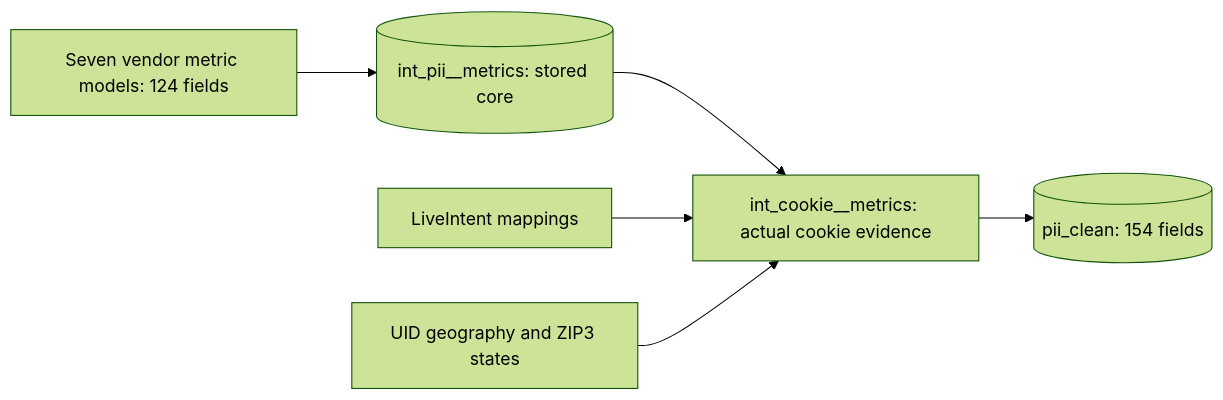
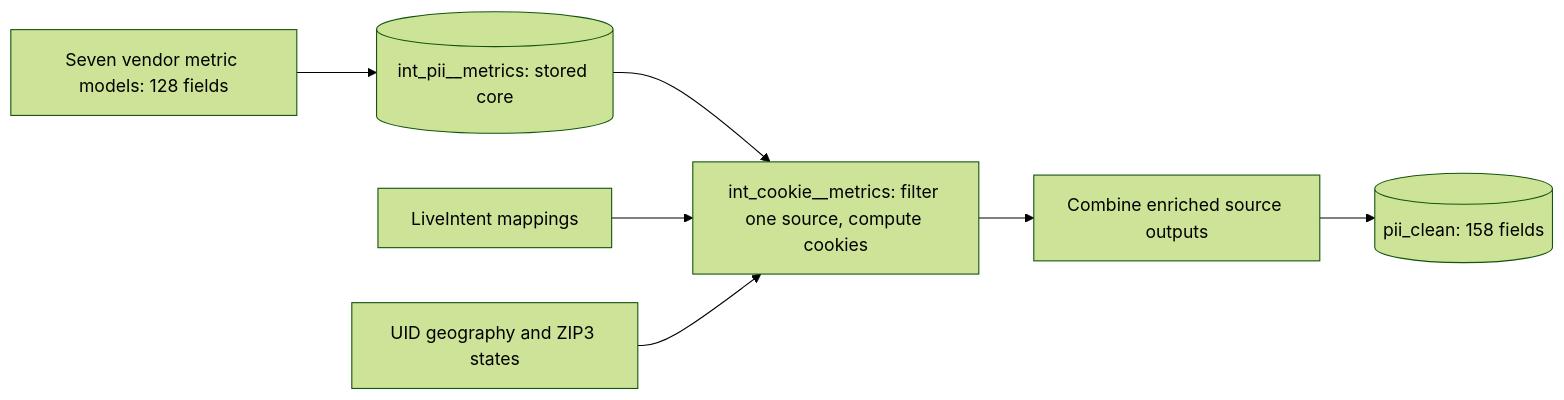
One commit to pp-jteixeira/nscreen-identity-resolution changed the diagram in vendor_quality_measurement/pii_clean/docs/cookie_stage.md. Above: the diagram before and after it, drawn with Mermaid (forest theme). The commit also changed other lines of this file and 50 other files, not shown here.

Commit message:
Store name-match evidence and publish cookies per source

````diff
--- a/vendor_quality_measurement/pii_clean/docs/cookie_stage.md
+++ b/vendor_quality_measurement/pii_clean/docs/cookie_stage.md
@@ -5,8 +7,9 @@
 ```mermaid
 flowchart LR
-  vendors["Seven vendor metric models: 124 fields"] --> core[("int_pii__metrics: stored core")]
-  core --> cookies["int_cookie__metrics: actual cookie evidence"]
+  vendors["Seven vendor metric models: 128 fields"] --> core[("int_pii__metrics: stored core")]
+  core --> cookies["int_cookie__metrics: filter one source, compute cookies"]
   mappings["LiveIntent mappings"] --> cookies
   geography["UID geography and ZIP3 states"] --> cookies
-  cookies --> final[("pii_clean: 154 fields")]
+  cookies --> combined["Combine enriched source outputs"]
+  combined --> final[("pii_clean: 158 fields")]
 ```
````
